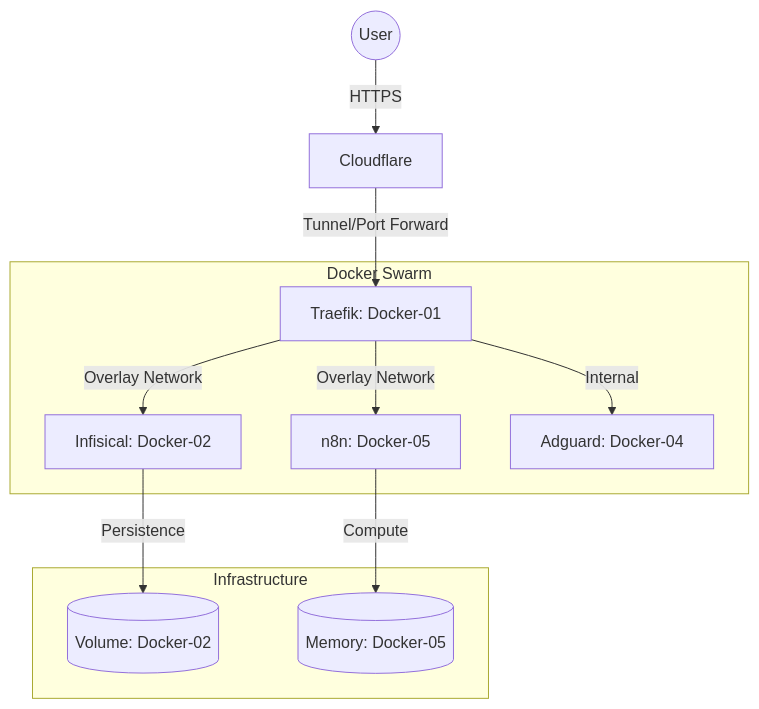
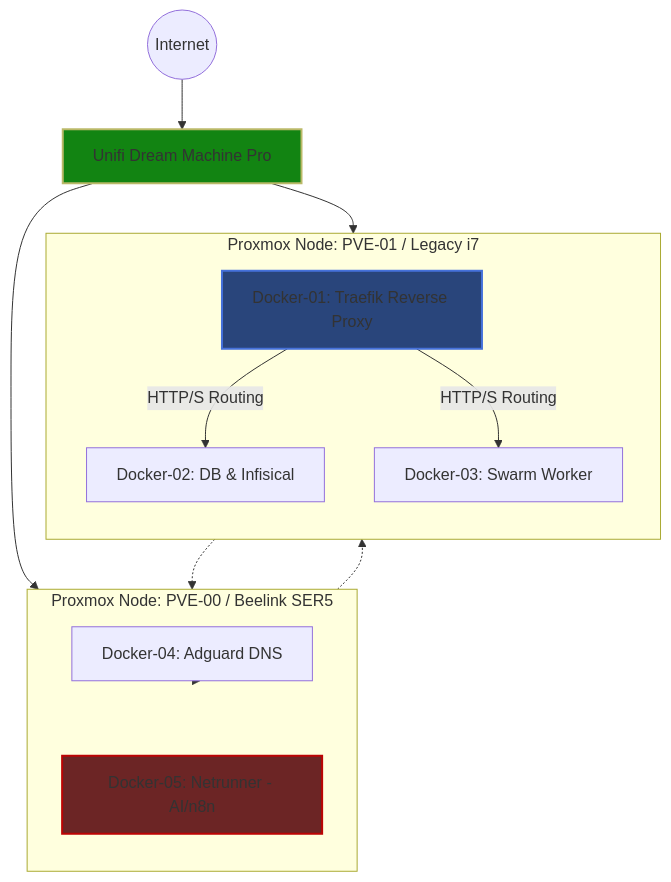
The diagram in docs/infrastructure/networking.md (EncryptedFunk/EncryptedFunk.github.io), drawn with Mermaid before and after one commit. The commit also changed other lines of this file and 3 other files, not shown here.

````diff
--- a/docs/infrastructure/networking.md
+++ b/docs/infrastructure/networking.md
@@ -7,16 +10,37 @@
 ```mermaid
 graph TD
-    User((User)) -->|HTTPS| CF[Cloudflare]
-    CF -->|Tunnel/Port Forward| T[Traefik: Docker-01]
-    
-    subgraph "Docker Swarm"
-    T -->|Overlay Network| I[Infisical: Docker-02]
-    T -->|Overlay Network| N[n8n: Docker-05]
-    T -->|Internal| A[Adguard: Docker-04]
+    %% External Entry
+    Internet((Internet)) --> UDM[Unifi Dream Machine Pro]
+
+    %% Infrastructure Subgraphs
+    subgraph PVE00 [Proxmox Node: PVE-00 / Beelink SER5]
+        direction TB
+        D04[Docker-04: Adguard DNS]
+        D05[Docker-05: Netrunner - AI/n8n]
     end
 
-    subgraph "Infrastructure"
-    I -->|Persistence| V1[(Volume: Docker-02)]
-    N -->|Compute| V2[(Memory: Docker-05)]
+    subgraph PVE01 [Proxmox Node: PVE-01 / Legacy i7]
+        direction TB
+        D01[Docker-01: Traefik Reverse Proxy]
+        D02[Docker-02: DB & Infisical]
+        D03[Docker-03: Swarm Worker]
     end
+
+    %% Network Flow
+    UDM --> D01
+    UDM --> D04
+
+    %% Traefik Routing
+    D01 -- HTTP/S Routing --> D02
+    D01 -- HTTP/S Routing --> D03
+    D01 -.-> D05
+    
+    %% Management/DNS
+    D04 -.-> PVE00
+    D04 -.-> PVE01
+
+    %% Styling
+    style D05 fill:#6c2525,stroke:#bc0404,stroke-width:2px
+    style D01 fill:#29457b,stroke:#4571da,stroke-width:2px
+    style UDM fill:#128412,stroke:#bab968,stroke-width:2px
 ```
````
